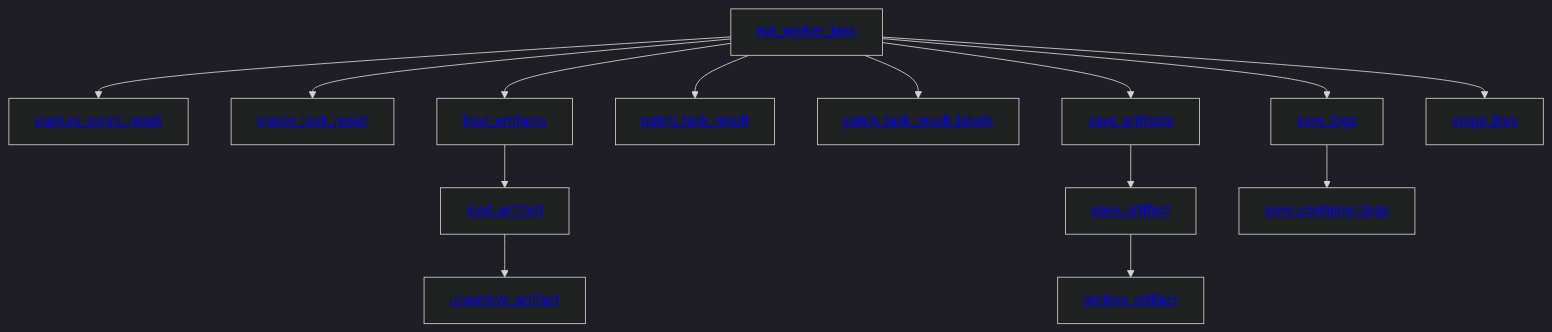
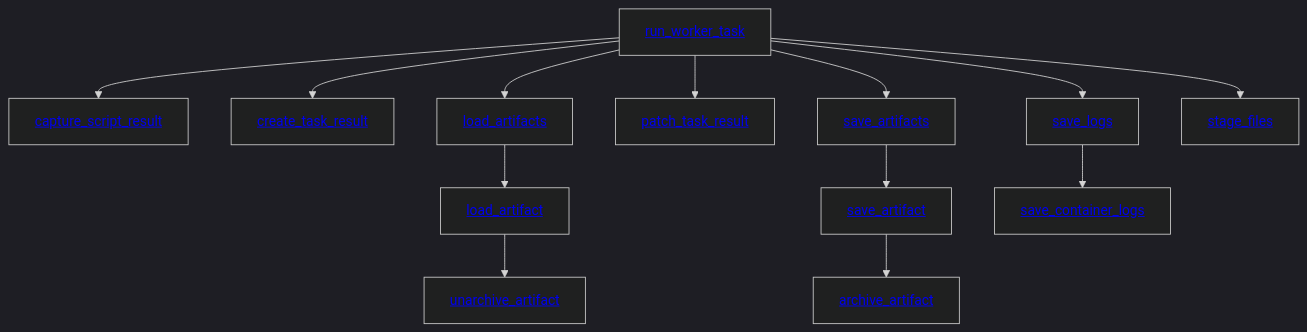
One commit to 365614269/CNCF-Graduated changed the first of 3 diagrams in modules/argo-workflows/docs/tracing.md. Above: the diagram before and after it, drawn with Mermaid (dark theme). The commit also changed other lines of this file and 1078 other files, not shown here.

````diff
--- a/modules/argo-workflows/docs/tracing.md
+++ b/modules/argo-workflows/docs/tracing.md
@@ -27,30 +27,28 @@
 ```mermaid
 flowchart TD
     RunWorkerTask[<a href='#run_worker_task'>run_worker_task</a>]
     CaptureScriptResult[<a href='#capture_script_result'>capture_script_result</a>]
     CreateTaskResult[<a href='#create_task_result'>create_task_result</a>]
     LoadArtifacts[<a href='#load_artifacts'>load_artifacts</a>]
     PatchTaskResult[<a href='#patch_task_result'>patch_task_result</a>]
-    PatchTaskResultLabels[<a href='#patch_task_result_labels'>patch_task_result_labels</a>]
     SaveArtifacts[<a href='#save_artifacts'>save_artifacts</a>]
     SaveLogs[<a href='#save_logs'>save_logs</a>]
     StageFiles[<a href='#stage_files'>stage_files</a>]
     LoadArtifact[<a href='#load_artifact'>load_artifact</a>]
     SaveArtifact[<a href='#save_artifact'>save_artifact</a>]
     SaveContainerLogs[<a href='#save_container_logs'>save_container_logs</a>]
     UnarchiveArtifact[<a href='#unarchive_artifact'>unarchive_artifact</a>]
     ArchiveArtifact[<a href='#archive_artifact'>archive_artifact</a>]
     RunWorkerTask --> CaptureScriptResult
     RunWorkerTask --> CreateTaskResult
     RunWorkerTask --> LoadArtifacts
     RunWorkerTask --> PatchTaskResult
-    RunWorkerTask --> PatchTaskResultLabels
     RunWorkerTask --> SaveArtifacts
     RunWorkerTask --> SaveLogs
     RunWorkerTask --> StageFiles
     LoadArtifacts --> LoadArtifact
     SaveArtifacts --> SaveArtifact
     SaveLogs --> SaveContainerLogs
     LoadArtifact --> UnarchiveArtifact
     SaveArtifact --> ArchiveArtifact
 ```
````
